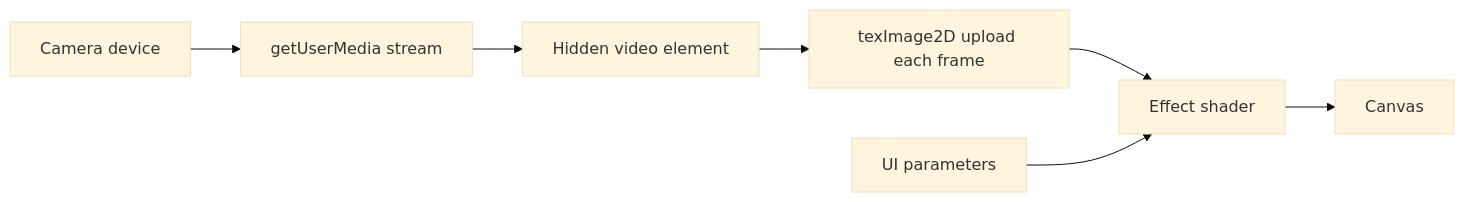
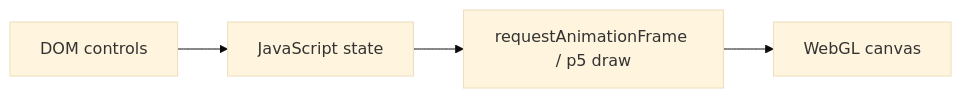
Before and after one commit to schwwaaa/junkpile: the second of 5 diagrams in docs/ARCHITECTURE.md, drawn with Mermaid (base theme). The commit also changed other lines of this file and 40 other files, not shown here.

````diff
--- a/docs/ARCHITECTURE.md
+++ b/docs/ARCHITECTURE.md
@@ -94,9 +40,6 @@
 ```mermaid
 flowchart LR
-  Device[Camera device] --> Stream[getUserMedia stream]
-  Stream --> Video[Hidden video element]
-  Video --> Upload[texImage2D upload each frame]
-  Upload --> Shader[Effect shader]
-  Params[UI parameters] --> Shader
-  Shader --> Screen[Canvas]
+  UI[DOM controls] --> State[JavaScript state]
+  State --> Loop[requestAnimationFrame / p5 draw]
+  Loop --> Canvas[WebGL canvas]
 ```
````
